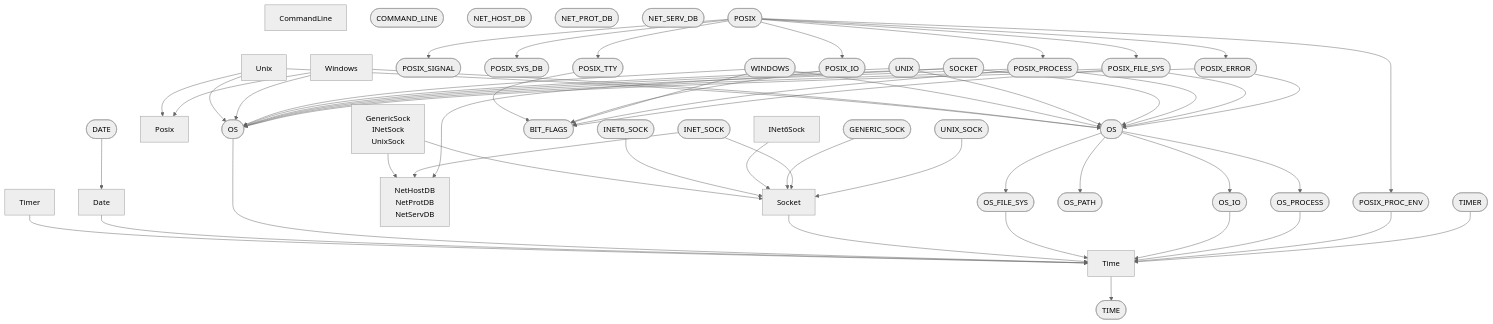
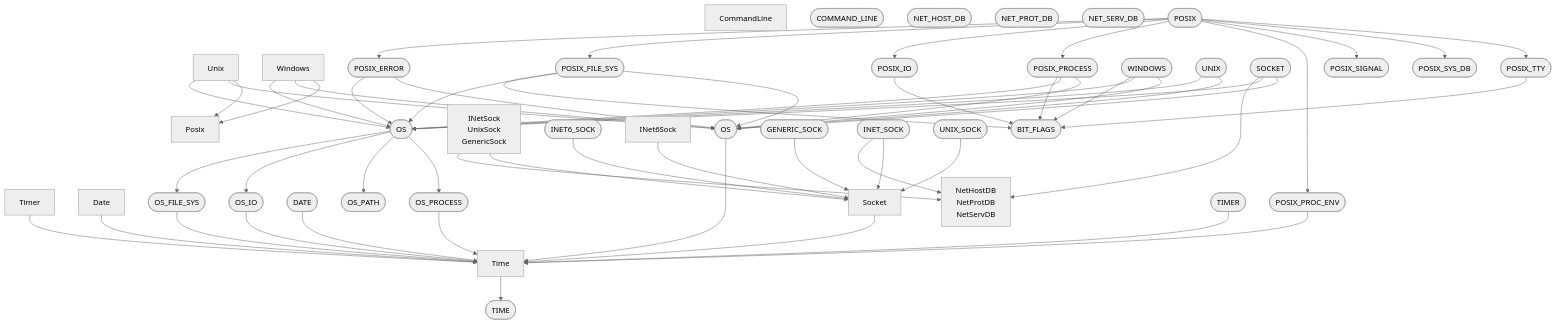
The seventh of 9 diagrams in docs/generated/basis/depends.md (ruudkoot/rune), drawn with Mermaid (neutral theme) before and after one commit. The commit also changed other lines of this file and 8 other files, not shown here.

````diff
--- a/docs/generated/basis/depends.md
+++ b/docs/generated/basis/depends.md
@@ -290,39 +293,39 @@
   n71["Posix"]
   n77["Socket"]
   n78["NetHostDB<br>NetProtDB<br>NetServDB"]
-  n79["GenericSock<br>INetSock<br>UnixSock"]
+  n79["INetSock<br>UnixSock<br>GenericSock"]
   n80(["INET6_SOCK"])
   n81["INet6Sock"]
   n82["Unix"]
   n83["Windows"]
   n84["CommandLine"]
-  n91(["BIT_FLAGS"])
-  n95(["COMMAND_LINE"])
-  n96(["DATE"])
-  n98(["GENERIC_SOCK"])
-  n100(["INET_SOCK"])
-  n106(["NET_HOST_DB"])
-  n107(["NET_PROT_DB"])
-  n108(["NET_SERV_DB"])
-  n110(["OS_FILE_SYS"])
-  n111(["OS_IO"])
-  n112(["OS_PATH"])
-  n113(["OS_PROCESS"])
-  n116(["POSIX_PROC_ENV"])
-  n117(["POSIX_SIGNAL"])
-  n118(["POSIX_SYS_DB"])
-  n124(["TIMER"])
-  n125(["UNIX_SOCK"])
-  n128(["POSIX_TTY"])
-  n129(["POSIX_IO"])
-  n131(["OS"])
-  n134(["WINDOWS"])
-  n135(["UNIX"])
-  n136(["SOCKET"])
-  n137(["POSIX_PROCESS"])
-  n138(["POSIX_FILE_SYS"])
-  n139(["POSIX_ERROR"])
-  n140(["POSIX"])
+  n101(["BIT_FLAGS"])
+  n105(["COMMAND_LINE"])
+  n106(["DATE"])
+  n108(["GENERIC_SOCK"])
+  n110(["INET_SOCK"])
+  n116(["NET_HOST_DB"])
+  n117(["NET_PROT_DB"])
+  n118(["NET_SERV_DB"])
+  n120(["OS_FILE_SYS"])
+  n121(["OS_IO"])
+  n122(["OS_PATH"])
+  n123(["OS_PROCESS"])
+  n126(["POSIX_PROC_ENV"])
+  n127(["POSIX_SIGNAL"])
+  n128(["POSIX_SYS_DB"])
+  n134(["TIMER"])
+  n135(["UNIX_SOCK"])
+  n138(["POSIX_TTY"])
+  n139(["POSIX_IO"])
+  n141(["OS"])
+  n144(["WINDOWS"])
+  n145(["UNIX"])
+  n146(["SOCKET"])
+  n147(["POSIX_PROCESS"])
+  n148(["POSIX_FILE_SYS"])
+  n149(["POSIX_ERROR"])
+  n150(["POSIX"])
   n62 --> n61
   n63 --> n62
   n64 --> n62
@@ -332,50 +335,50 @@
   n79 --> n77
   n80 --> n77
   n81 --> n77
-  n82 --> n131
+  n82 --> n141
   n82 --> n65
   n82 --> n71
-  n83 --> n131
+  n83 --> n141
   n83 --> n65
   n83 --> n71
-  n96 --> n64
-  n98 --> n77
-  n100 --> n78
-  n100 --> n77
-  n110 --> n62
-  n111 --> n62
-  n113 --> n62
-  n116 --> n62
-  n124 --> n62
-  n125 --> n77
-  n128 --> n91
-  n129 --> n91
-  n131 --> n110
-  n131 --> n111
-  n131 --> n112
-  n131 --> n113
-  n134 --> n91
-  n134 --> n131
-  n134 --> n65
-  n135 --> n131
-  n135 --> n65
-  n136 --> n78
-  n136 --> n131
-  n136 --> n65
-  n137 --> n91
-  n137 --> n131
-  n137 --> n65
-  n138 --> n91
-  n138 --> n131
-  n138 --> n65
-  n139 --> n131
-  n139 --> n65
-  n140 --> n139
-  n140 --> n138
-  n140 --> n129
-  n140 --> n137
-  n140 --> n116
-  n140 --> n117
-  n140 --> n118
-  n140 --> n128
+  n106 --> n62
+  n108 --> n77
+  n110 --> n78
+  n110 --> n77
+  n120 --> n62
+  n121 --> n62
+  n123 --> n62
+  n126 --> n62
+  n134 --> n62
+  n135 --> n77
+  n138 --> n101
+  n139 --> n101
+  n141 --> n120
+  n141 --> n121
+  n141 --> n122
+  n141 --> n123
+  n144 --> n101
+  n144 --> n141
+  n144 --> n65
+  n145 --> n141
+  n145 --> n65
+  n146 --> n78
+  n146 --> n141
+  n146 --> n65
+  n147 --> n101
+  n147 --> n141
+  n147 --> n65
+  n148 --> n101
+  n148 --> n141
+  n148 --> n65
+  n149 --> n141
+  n149 --> n65
+  n150 --> n149
+  n150 --> n148
+  n150 --> n139
+  n150 --> n147
+  n150 --> n126
+  n150 --> n127
+  n150 --> n128
+  n150 --> n138
 ```
````
